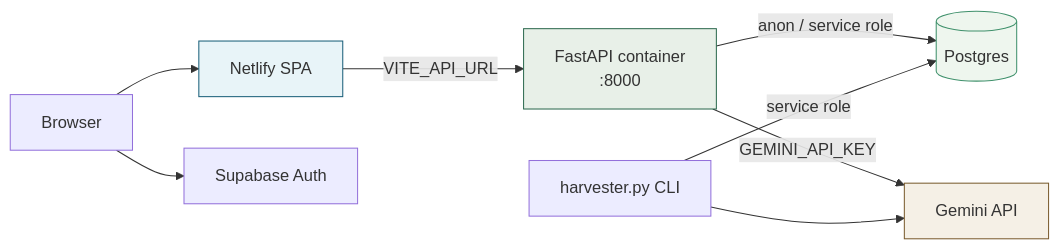
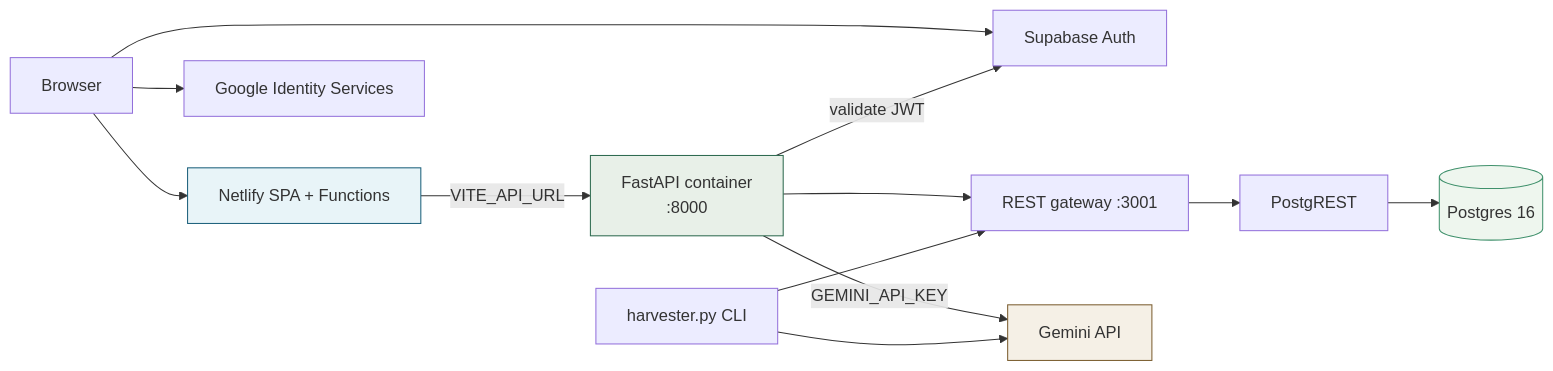
The third of 12 diagrams in README.md (Preebg/RealEstateAI), drawn with Mermaid before and after one commit. The commit also changed other lines of this file, not shown here.

````diff
--- a/README.md
+++ b/README.md
@@ -129,15 +144,19 @@
 ```mermaid
 flowchart LR
-    U[Browser] --> N[Netlify SPA]
+    U[Browser] --> N[Netlify SPA + Functions]
     U --> S[Supabase Auth]
+    U --> GGL[Google Identity Services]
     N -->|VITE_API_URL| F[FastAPI container<br/>:8000]
-    F -->|anon / service role| P[(Postgres)]
+    F --> GW[REST gateway :3001]
+    GW --> PR[PostgREST]
+    PR --> P[(Postgres 16)]
+    F -->|validate JWT| S
     F -->|GEMINI_API_KEY| G[Gemini API]
-    H[harvester.py CLI] -->|service role| P
+    H[harvester.py CLI] --> GW
     H --> G
 
     style N fill:#e8f4f8,stroke:#1a5f7a
     style F fill:#e8f0e8,stroke:#2d6a4f
     style P fill:#eef6ee,stroke:#40916c
     style G fill:#f5f0e6,stroke:#7a5c2e
 ```
````
